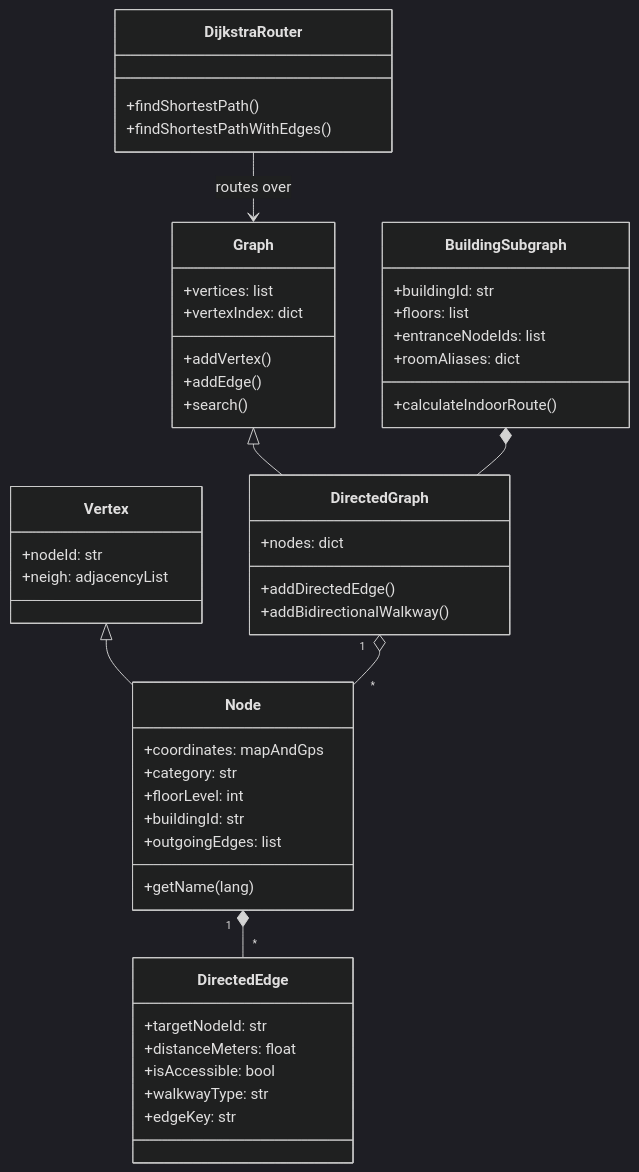
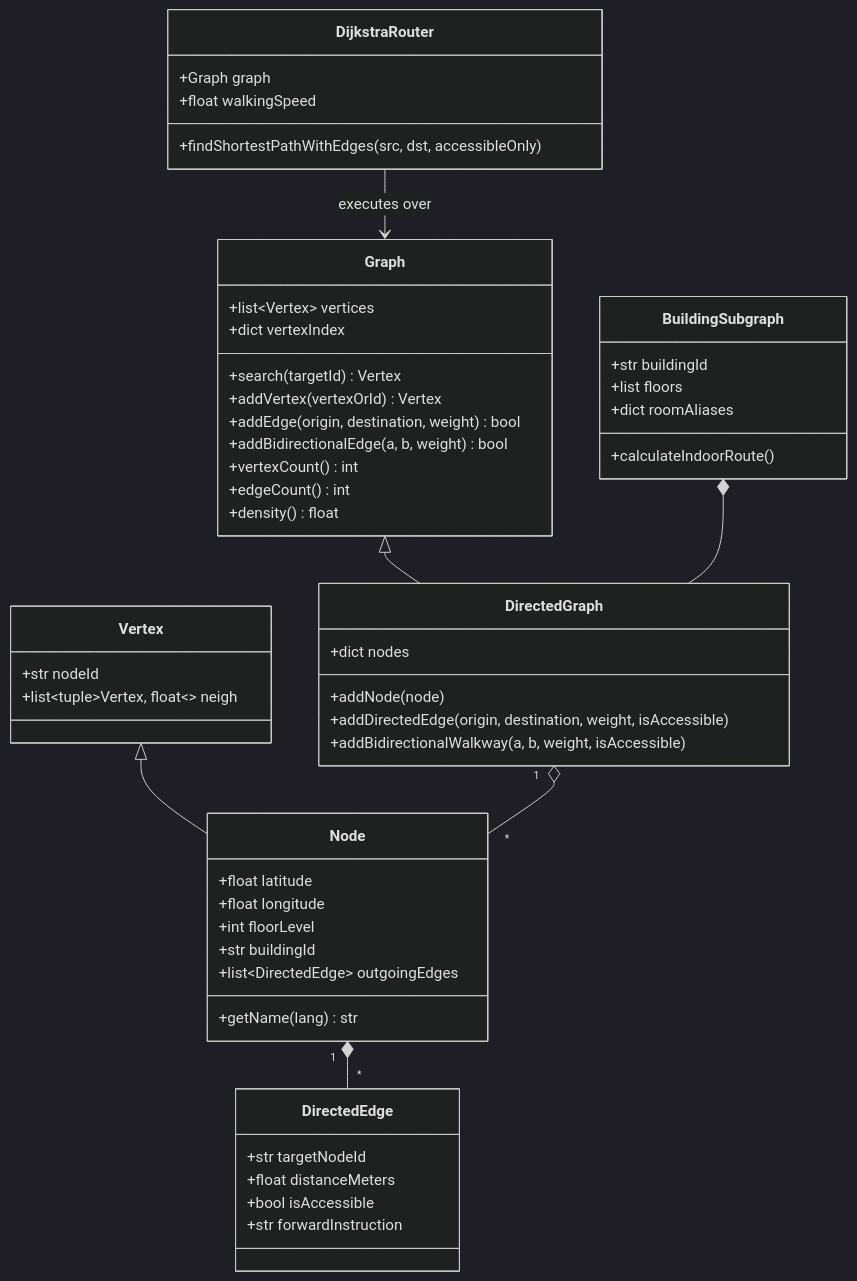
One commit to camijavi/python_flask_jaguar_find changed the second of 3 diagrams in README.md. Above: the diagram before and after it, drawn with Mermaid (dark theme). The commit also changed other lines of this file, not shown here.

Commit message:
update README with comprehensive project overview and architecture details

````diff
--- a/README.md
+++ b/README.md
@@ -69,51 +149,56 @@
 ```mermaid
 classDiagram
     class Vertex {
-        +nodeId: str
-        +neigh: adjacencyList
+        +str nodeId
+        +list~tuple~Vertex, float~~ neigh
     }
     class Graph {
-        +vertices: list
-        +vertexIndex: dict
-        +addVertex()
-        +addEdge()
-        +search()
+        +list~Vertex~ vertices
+        +dict vertexIndex
+        +search(targetId) Vertex
+        +addVertex(vertexOrId) Vertex
+        +addEdge(origin, destination, weight) bool
+        +addBidirectionalEdge(a, b, weight) bool
+        +vertexCount() int
+        +edgeCount() int
+        +density() float
     }
     class Node {
-        +coordinates: mapAndGps
-        +category: str
-        +floorLevel: int
-        +buildingId: str
-        +outgoingEdges: list
-        +getName(lang)
+        +float latitude
+        +float longitude
+        +int floorLevel
+        +str buildingId
+        +list~DirectedEdge~ outgoingEdges
+        +getName(lang) str
+    }
+    class DirectedEdge {
+        +str targetNodeId
+        +float distanceMeters
+        +bool isAccessible
+        +str forwardInstruction
     }
     class DirectedGraph {
-        +nodes: dict
-        +addDirectedEdge()
-        +addBidirectionalWalkway()
-    }
-    class DirectedEdge {
-        +targetNodeId: str
-        +distanceMeters: float
-        +isAccessible: bool
-        +walkwayType: str
-        +edgeKey: str
+        +dict nodes
+        +addNode(node)
+        +addDirectedEdge(origin, destination, weight, isAccessible)
+        +addBidirectionalWalkway(a, b, weight, isAccessible)
     }
     class BuildingSubgraph {
-        +buildingId: str
-        +floors: list
-        +entranceNodeIds: list
-        +roomAliases: dict
+        +str buildingId
+        +list floors
+        +dict roomAliases
         +calculateIndoorRoute()
     }
     class DijkstraRouter {
-        +findShortestPath()
-        +findShortestPathWithEdges()
+        +Graph graph
+        +float walkingSpeed
+        +findShortestPathWithEdges(src, dst, accessibleOnly)
     }
+
     Vertex <|-- Node
     Graph <|-- DirectedGraph
     DirectedGraph "1" o-- "*" Node
     Node "1" *-- "*" DirectedEdge
     BuildingSubgraph *-- DirectedGraph
-    DijkstraRouter --> Graph : routes over
+    DijkstraRouter --> Graph : executes over
 ```
````
